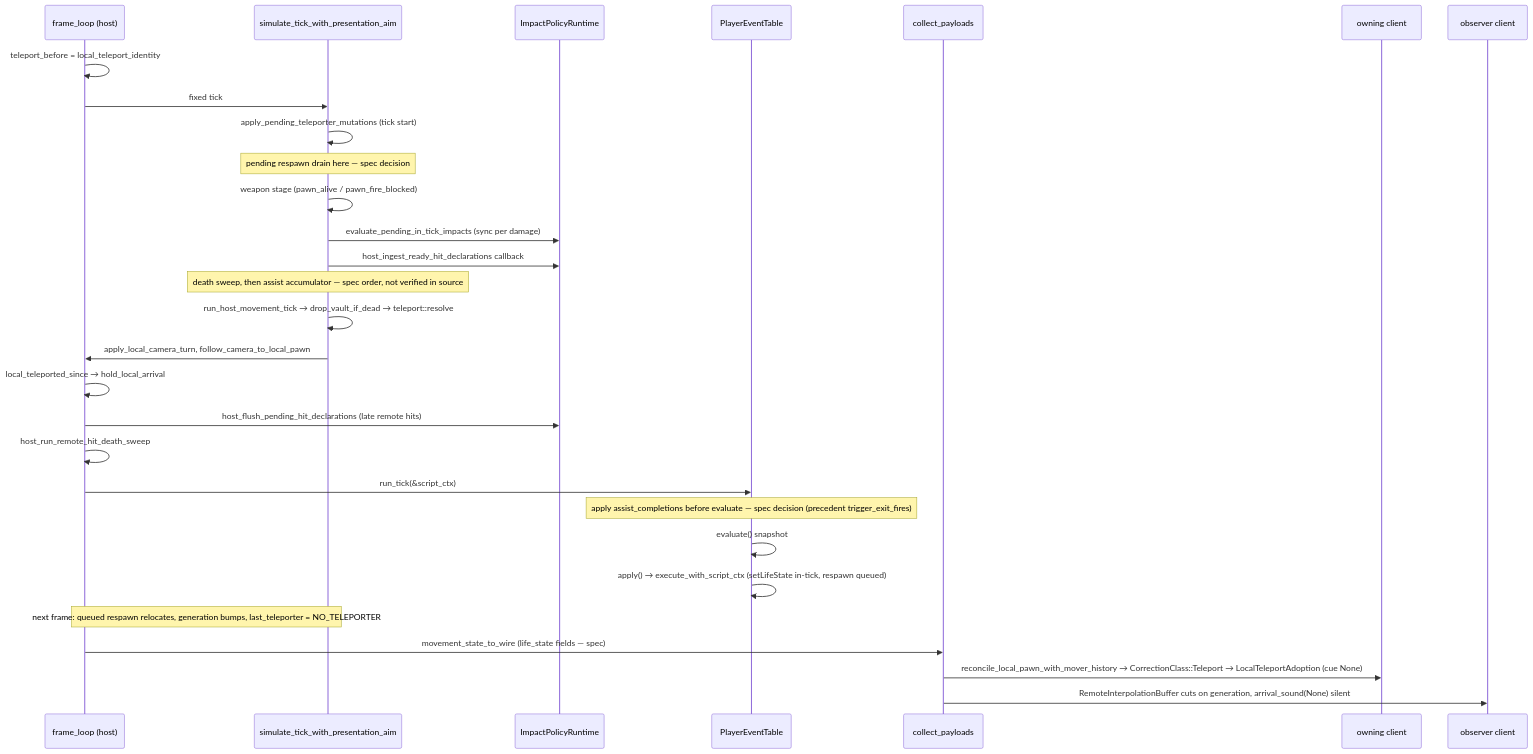
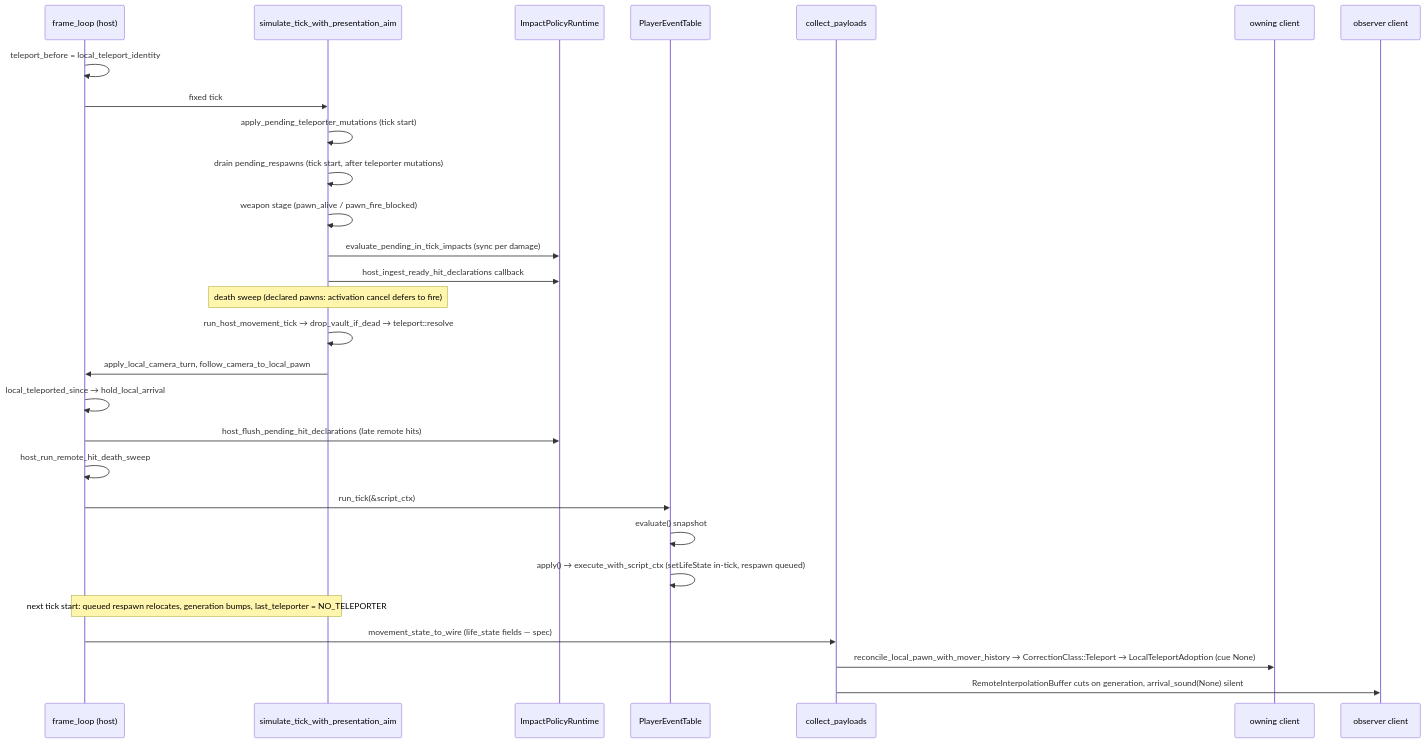
Before and after one commit to majtom2grndctrl/postretro: the second of 2 diagrams in context/plans/drafts/E18--player-life-states/research.md, drawn with Mermaid. The commit also changed other lines of this file and 2 other files, not shown here.

First line of the commit message:
Life-states spec: apply review round 1

````diff
--- a/context/plans/drafts/E18--player-life-states/research.md
+++ b/context/plans/drafts/E18--player-life-states/research.md
@@ -105,31 +111,30 @@
 ```mermaid
 sequenceDiagram
     participant FL as frame_loop (host)
     participant Tick as simulate_tick_with_presentation_aim
     participant IP as ImpactPolicyRuntime
     participant PE as PlayerEventTable
     participant Wire as collect_payloads
     participant Own as owning client
     participant Obs as observer client
     FL->>FL: teleport_before = local_teleport_identity
     FL->>Tick: fixed tick
     Tick->>Tick: apply_pending_teleporter_mutations (tick start)
-    Note over Tick: pending respawn drain here — spec decision
+    Tick->>Tick: drain pending_respawns (tick start, after teleporter mutations)
     Tick->>Tick: weapon stage (pawn_alive / pawn_fire_blocked)
     Tick->>IP: evaluate_pending_in_tick_impacts (sync per damage)
     Tick->>IP: host_ingest_ready_hit_declarations callback
-    Note over Tick: death sweep, then assist accumulator — spec order, not verified in source
+    Note over Tick: death sweep (declared pawns: activation cancel defers to fire)
     Tick->>Tick: run_host_movement_tick → drop_vault_if_dead → teleport::resolve
     Tick->>FL: apply_local_camera_turn, follow_camera_to_local_pawn
     FL->>FL: local_teleported_since → hold_local_arrival
     FL->>IP: host_flush_pending_hit_declarations (late remote hits)
     FL->>FL: host_run_remote_hit_death_sweep
     FL->>PE: run_tick(&script_ctx)
-    Note over PE: apply assist_completions before evaluate — spec decision (precedent trigger_exit_fires)
     PE->>PE: evaluate() snapshot
     PE->>PE: apply() → execute_with_script_ctx (setLifeState in-tick, respawn queued)
-    Note over FL,Tick: next frame: queued respawn relocates, generation bumps, last_teleporter = NO_TELEPORTER
+    Note over FL,Tick: next tick start: queued respawn relocates, generation bumps, last_teleporter = NO_TELEPORTER
     FL->>Wire: movement_state_to_wire (life_state fields — spec)
     Wire->>Own: reconcile_local_pawn_with_mover_history → CorrectionClass::Teleport → LocalTeleportAdoption (cue None)
     Wire->>Obs: RemoteInterpolationBuffer cuts on generation, arrival_sound(None) silent
 ```
````
